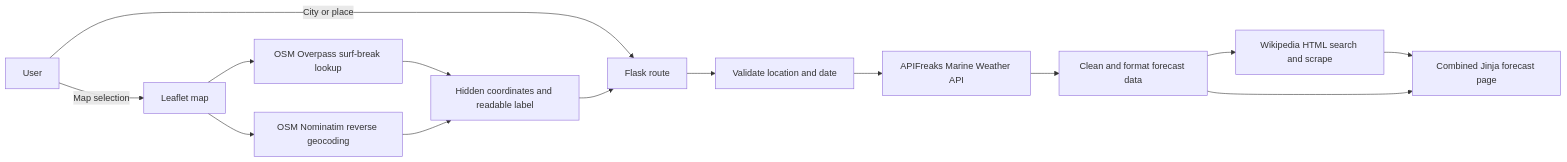
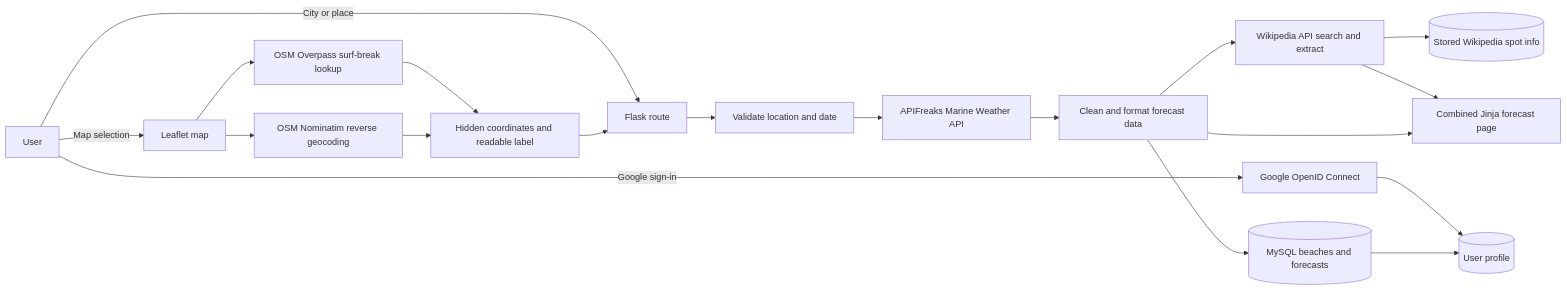
Before and after one commit to brianpthoms/profthoms-it401-final-project: the diagram in README.md, drawn with Mermaid. The commit also changed other lines of this file and 29 other files, not shown here.

````diff
--- a/README.md
+++ b/README.md
@@ -21,16 +23,21 @@
 ```mermaid
 flowchart LR
     U[User] -->|City or place| F[Flask route]
+    U -->|Google sign-in| G[Google OpenID Connect]
+    G --> UP[(User profile)]
     U -->|Map selection| M[Leaflet map]
     M --> O[OSM Overpass surf-break lookup]
     M --> N[OSM Nominatim reverse geocoding]
     O --> C[Hidden coordinates and readable label]
     N --> C
     C --> F
     F --> V[Validate location and date]
     V --> A[APIFreaks Marine Weather API]
     A --> D[Clean and format forecast data]
-    D --> W[Wikipedia HTML search and scrape]
+    D --> W[Wikipedia API search and extract]
+    W --> WI[(Stored Wikipedia spot info)]
+    D --> DB[(MySQL beaches and forecasts)]
+    DB --> UP
     W --> R[Combined Jinja forecast page]
     D --> R
 ```
````
